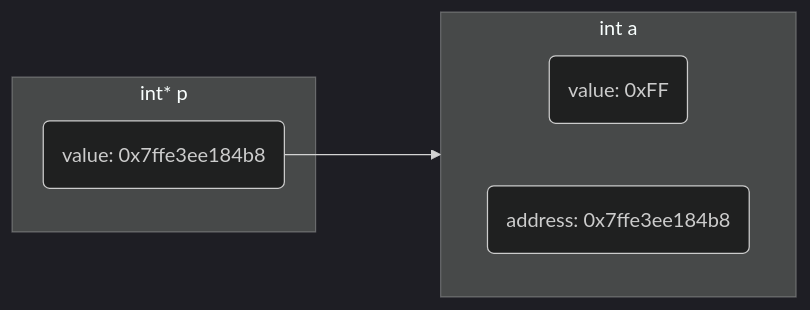
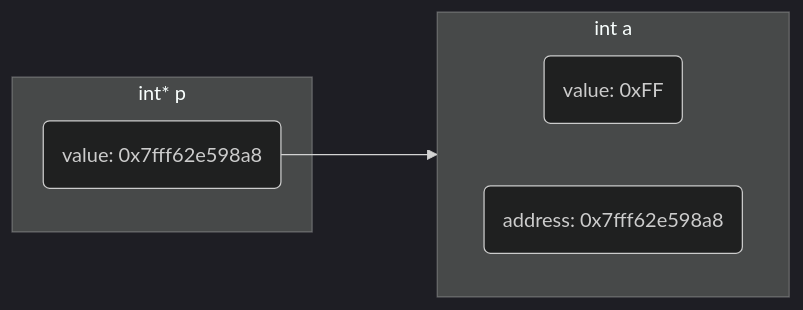
The fourth of 11 diagrams in _posts/language/c_c++/pointer/2022-01-08-指针.md (dmjcb/dmjcb.github.io), drawn with Mermaid (dark theme) before and after one commit. The commit also changed other lines of this file and 53 other files, not shown here.

````diff
--- a/_posts/language/c_c++/pointer/2022-01-08-指针.md
+++ b/_posts/language/c_c++/pointer/2022-01-08-指针.md
@@ -156,13 +156,13 @@
 ```mermaid
 graph LR;
     subgraph S1[int a]
         direction LR
         V2(value: 0xFF)
-        A2(address: 0x7ffe3ee184b8)
+        A2(address: 0x7fff62e598a8)
     end
     subgraph S2[int* p]
-        V1(value: 0x7ffe3ee184b8)
+        V1(value: 0x7fff62e598a8)
     end
     V1--->A2
     
 ```
````
